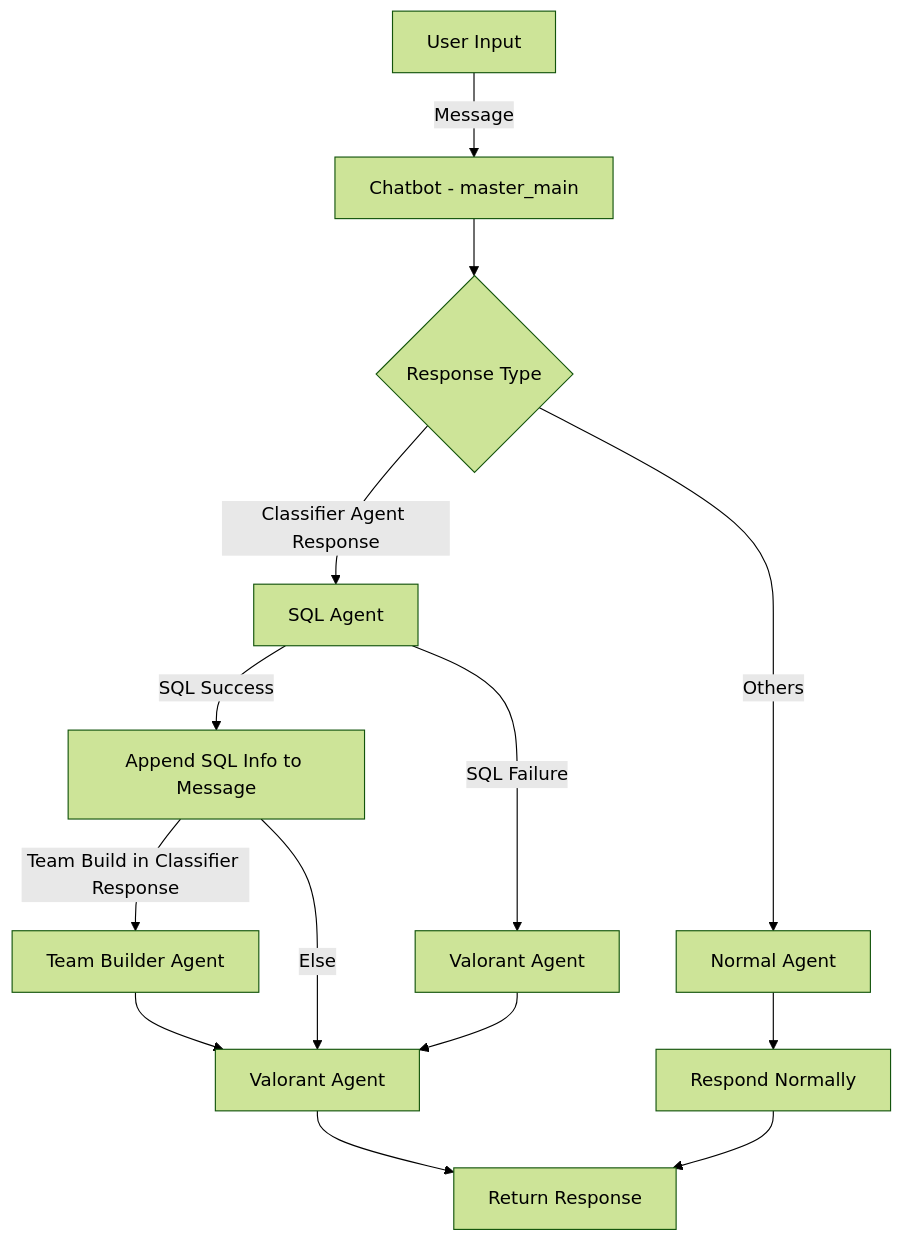
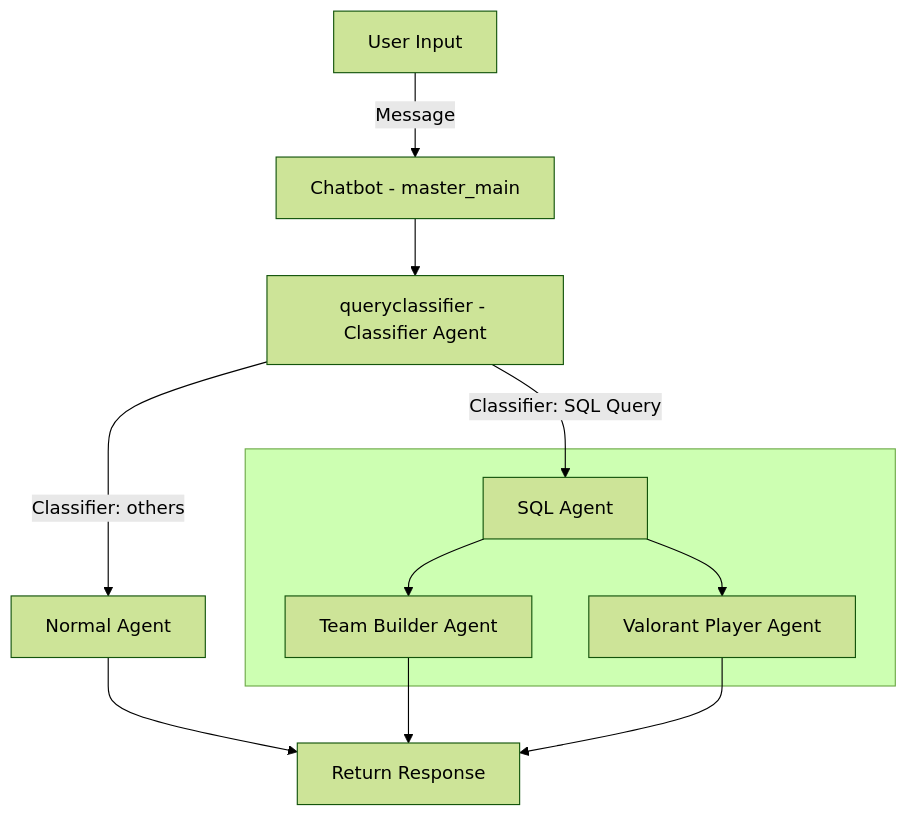
Before and after one commit to Kleinpenny/VCTEVA: the diagram in README.md, drawn with Mermaid (forest theme). The commit also changed other lines of this file and 5 other files, not shown here.

````diff
--- a/README.md
+++ b/README.md
@@ -76,17 +76,20 @@
 ```mermaid
 flowchart TD
     A[User Input] -->|Message| B[Chatbot - master_main]
-    B --> C{Response Type}
-    C -->|Classifier Agent Response| D[SQL Agent]
-    C -->|Others| F[Normal Agent]
-    D -->|SQL Success| G[Append SQL Info to Message]
-    D -->|SQL Failure| H[Valorant Agent]
-    G -->|Team Build in Classifier Response| I[Team Builder Agent]
-    G -->|Else| J[Valorant Agent]
-    F --> K[Respond Normally]
+    B --> C[queryclassifier - Classifier Agent]
+    C -->|Classifier: others| D[Normal Agent]
+    C -->|Classifier: SQL Query| E[SQL Agent]
+    
+    subgraph " "
+        E[SQL Agent]
+        F[Team Builder Agent]
+        G[Valorant Player Agent]
+    end
 
-    H --> J
-    I --> J
-    J --> L[Return Response]
-    K --> L
+    E --> G
+    E --> F
+    D --> H[Return Response]
+    F --> H
+    G --> H
+
 ```
````
